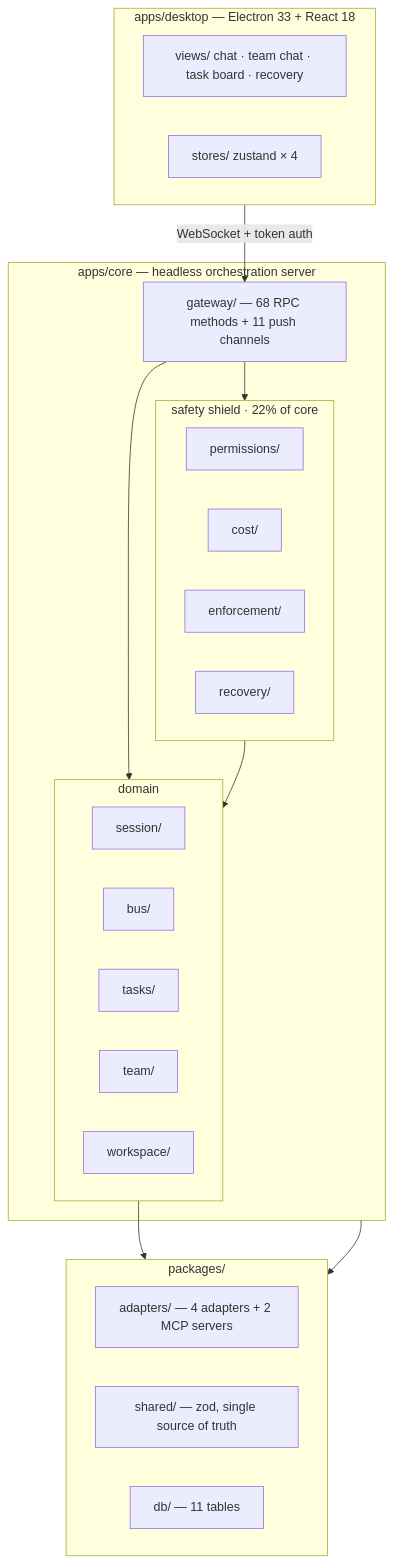
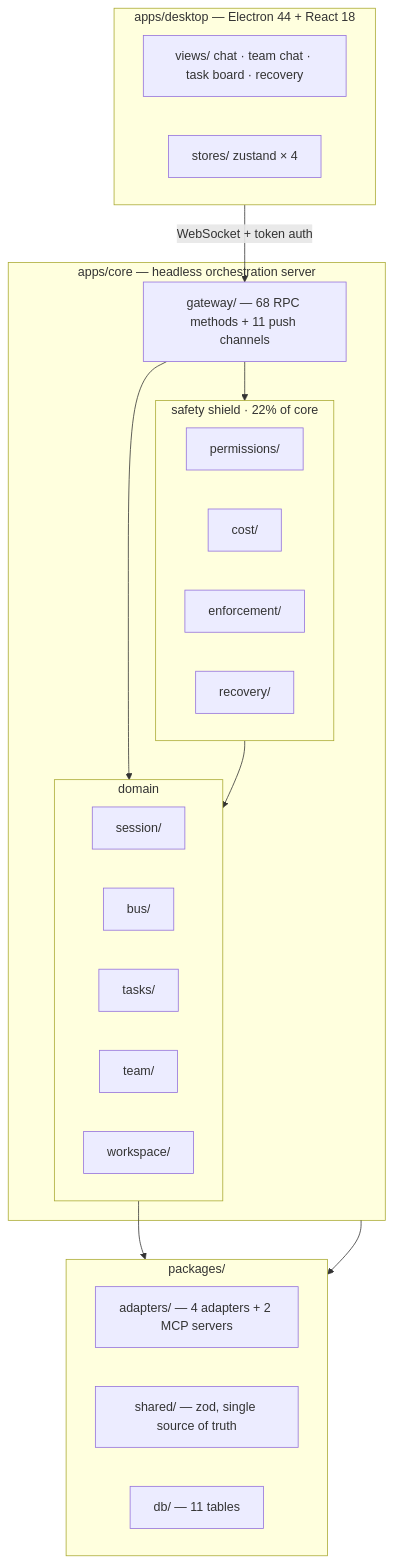
Before and after one commit to xing-101729/deskmony: the second of 3 diagrams in README.md, drawn with Mermaid. The commit also changed other lines of this file and 9 other files, not shown here.

````diff
--- a/README.md
+++ b/README.md
@@ -108,41 +113,41 @@
 ```mermaid
 flowchart TB
-    subgraph SHELL["apps/desktop — Electron 33 + React 18"]
+    subgraph SHELL["apps/desktop — Electron 44 + React 18"]
         direction LR
         Views["views/ chat · team chat · task board · recovery"]
         Stores["stores/ zustand × 4"]
     end
 
     subgraph CORE["apps/core — headless orchestration server"]
         GW["gateway/ — 68 RPC methods + 11 push channels"]
         subgraph DOMAIN["domain"]
             direction LR
             Sess["session/"]
             Bus["bus/"]
             Task["tasks/"]
             Team["team/"]
             Work["workspace/"]
         end
         subgraph SHIELD["safety shield · 22% of core"]
             direction LR
             Perm["permissions/"]
             Cost["cost/"]
             Enf["enforcement/"]
             Rec["recovery/"]
         end
     end
 
     subgraph PKG["packages/"]
         direction LR
         Adapters["adapters/ — 4 adapters + 2 MCP servers"]
         Shared["shared/ — zod, single source of truth"]
         Db["db/ — 11 tables"]
     end
 
     SHELL -- "WebSocket + token auth" --> GW
     GW --> DOMAIN
     GW --> SHIELD
     SHIELD --> DOMAIN
     DOMAIN --> Adapters
     CORE --> Db
 ```
````
